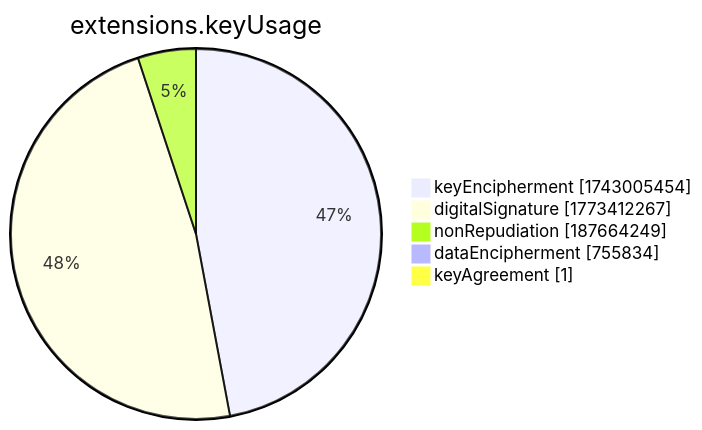
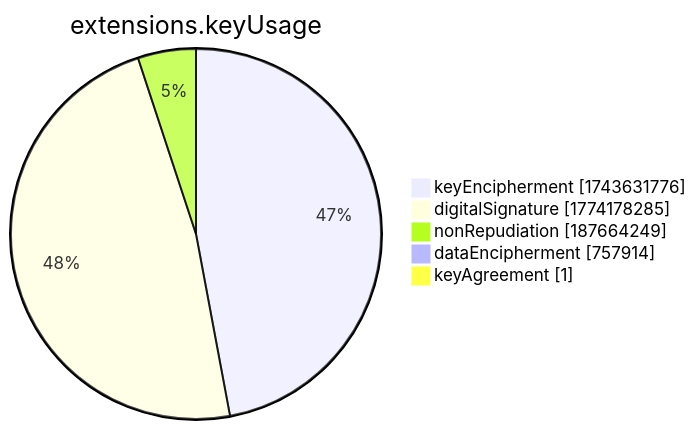
The seventh of 15 diagrams in xenon2022/README.md (christiankrug/ctmonitor_visualization), drawn with Mermaid before and after one commit. The commit also changed other lines of this file, not shown here.

````diff
--- a/xenon2022/README.md
+++ b/xenon2022/README.md
@@ -2859,9 +2859,9 @@
 ```mermaid
 pie showData
 title extensions.keyUsage
-"keyEncipherment" :1743005454
-"digitalSignature" :1773412267
+"keyEncipherment" :1743631776
+"digitalSignature" :1774178285
 "nonRepudiation" :187664249
-"dataEncipherment" :755834
+"dataEncipherment" :757914
 "keyAgreement" :1
 ```
````
